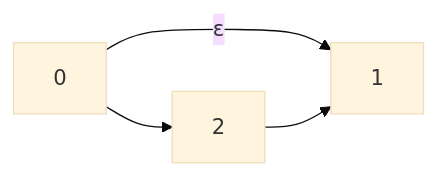
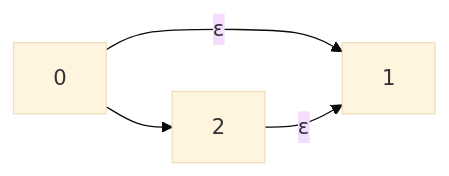
The third of 8 diagrams in docs/26.正则和无限状态机.md (caoaolong/coding-soul-docs), drawn with Mermaid (base theme) before and after one commit. The commit also changed other lines of this file, not shown here.

````diff
--- a/docs/26.正则和无限状态机.md
+++ b/docs/26.正则和无限状态机.md
@@ -31,5 +31,5 @@
 ```mermaid
 graph LR;
 0 -- "ɛ" --> 1
-0 --> 2 --> 1
+0 --> 2 -- "ɛ" --> 1
 ```
````
